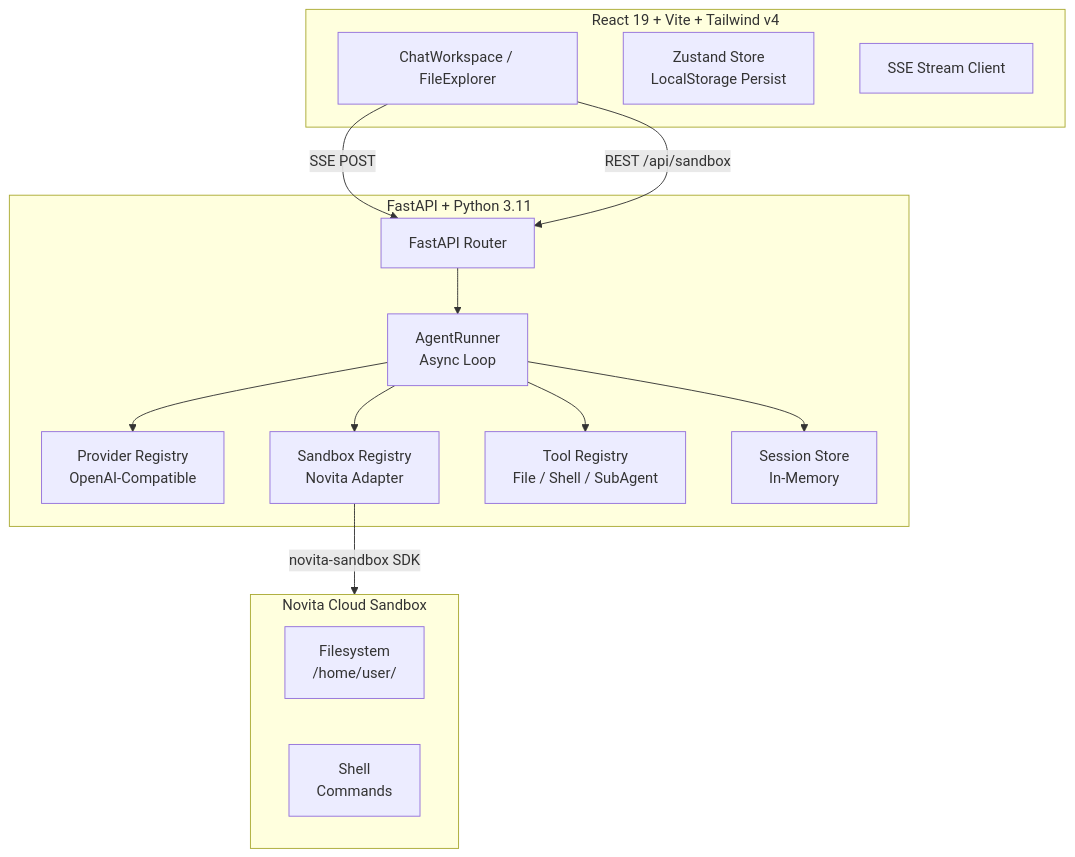
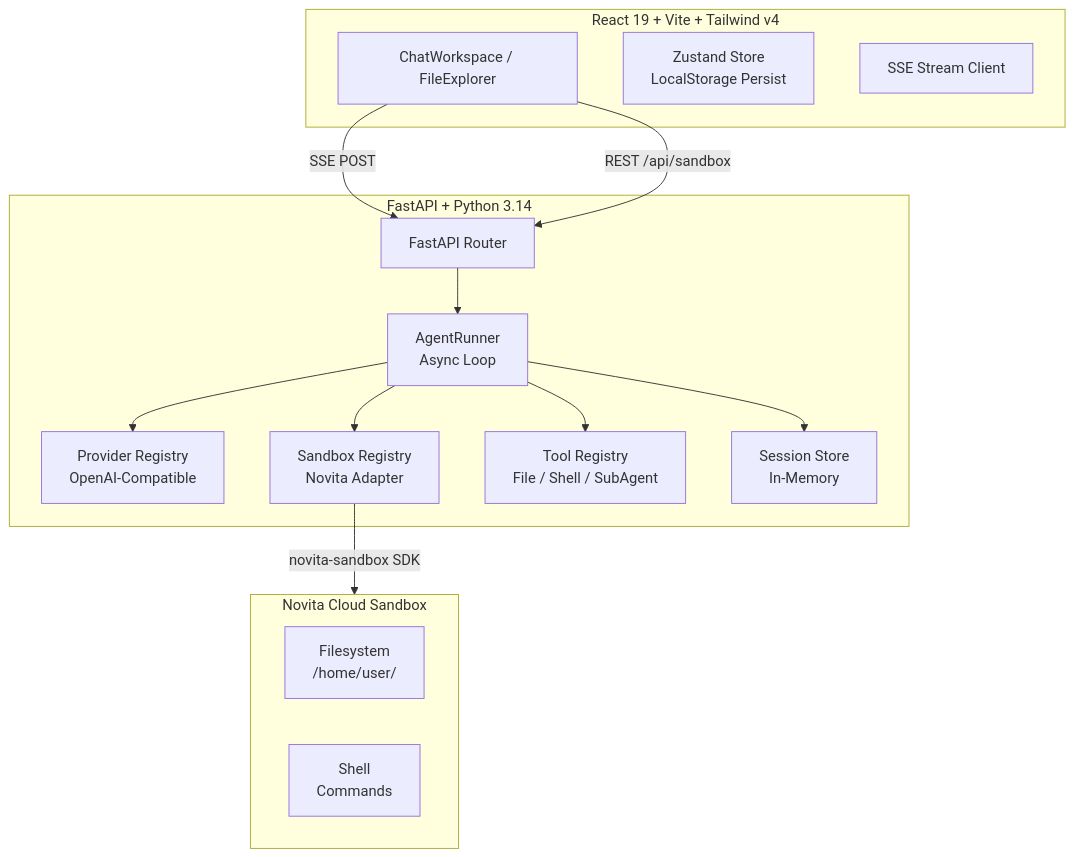
One commit to opencurro-ai/OpenCurro changed the diagram in README.md. Above: the diagram before and after it, drawn with Mermaid. The commit also changed other lines of this file and 13 other files, not shown here.

````diff
--- a/README.md
+++ b/README.md
@@ -54,31 +54,31 @@
 ```mermaid
 graph TB
     subgraph Frontend["React 19 + Vite + Tailwind v4"]
         UI[ChatWorkspace / FileExplorer]
         STORE[Zustand Store<br/>LocalStorage Persist]
         SSE[SSE Stream Client]
     end
 
-    subgraph Backend["FastAPI + Python 3.11"]
+    subgraph Backend["FastAPI + Python 3.14"]
         API[FastAPI Router]
         AR[AgentRunner<br/>Async Loop]
         PR[Provider Registry<br/>OpenAI-Compatible]
         SR[Sandbox Registry<br/>Novita Adapter]
         TR[Tool Registry<br/>File / Shell / SubAgent]
         SS[Session Store<br/>In-Memory]
     end
 
     subgraph Sandbox["Novita Cloud Sandbox"]
         FS[Filesystem<br/>/home/user/]
         SH[Shell<br/>Commands]
     end
 
     UI -->|SSE POST| API
     API --> AR
     AR --> PR
     AR --> SR
     AR --> TR
     AR --> SS
     SR -->|novita-sandbox SDK| Sandbox
     UI -->|REST /api/sandbox| API
 ```
````
